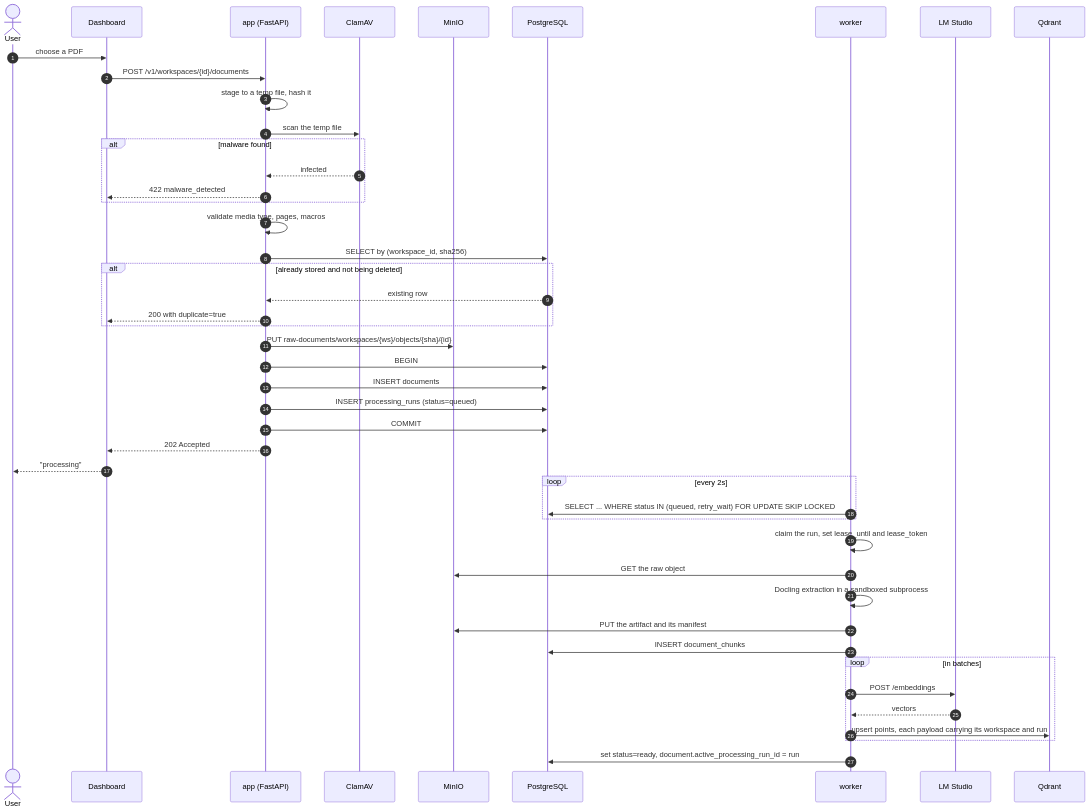
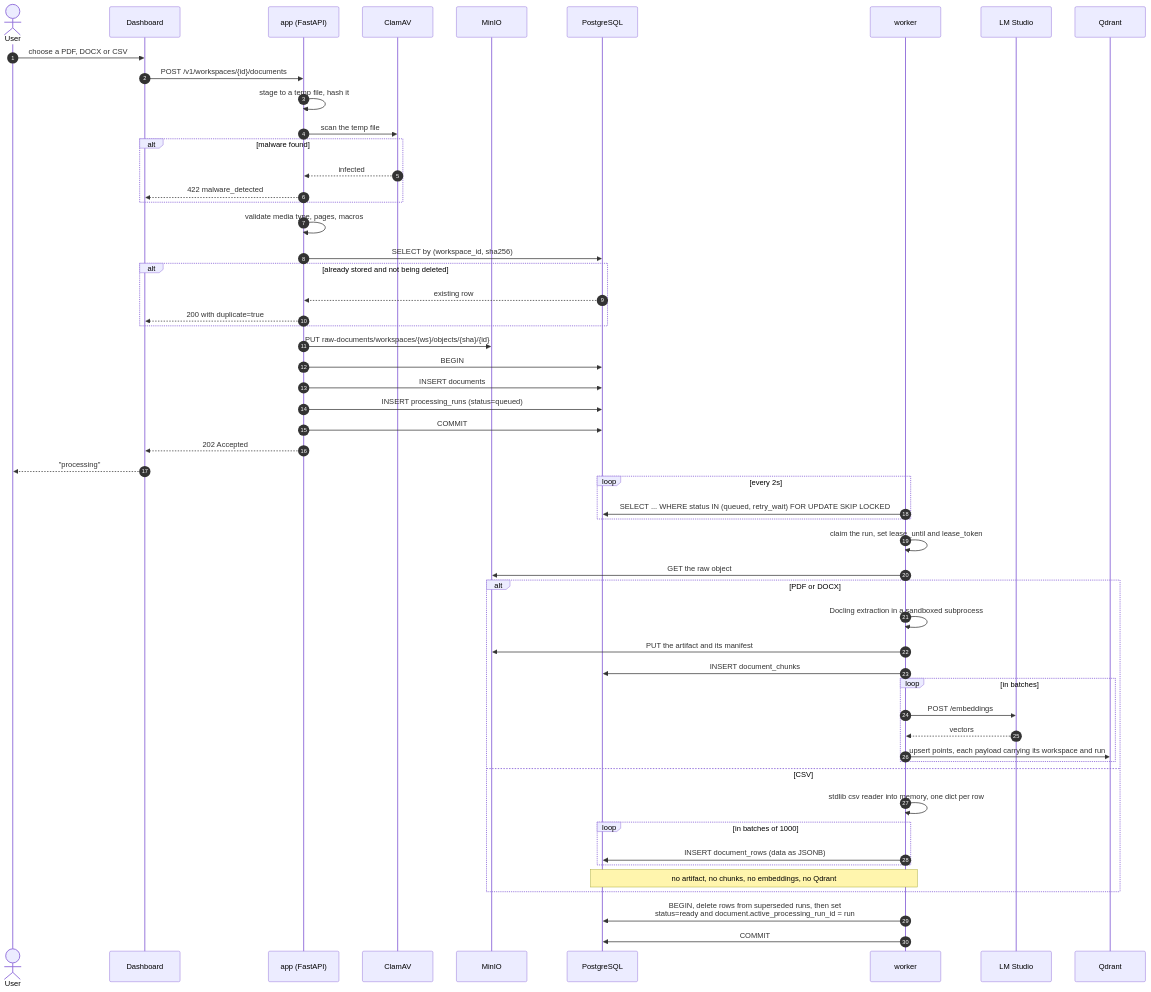
The fifth of 11 diagrams in README.md (unedtamps/retriv), drawn with Mermaid before and after one commit. The commit also changed other lines of this file and 26 other files, not shown here.

First line of the commit message:
feat: answer questions over CSV rows with SQL

````diff
--- a/README.md
+++ b/README.md
@@ -148,50 +275,59 @@
 ```mermaid
 sequenceDiagram
     autonumber
     actor U as User
     participant W as Dashboard
     participant A as app (FastAPI)
     participant C as ClamAV
     participant M as MinIO
     participant DB as PostgreSQL
     participant K as worker
     participant L as LM Studio
     participant Q as Qdrant
 
-    U->>W: choose a PDF
+    U->>W: choose a PDF, DOCX or CSV
     W->>A: POST /v1/workspaces/{id}/documents
     A->>A: stage to a temp file, hash it
     A->>C: scan the temp file
     alt malware found
         C-->>A: infected
         A-->>W: 422 malware_detected
     end
     A->>A: validate media type, pages, macros
     A->>DB: SELECT by (workspace_id, sha256)
     alt already stored and not being deleted
         DB-->>A: existing row
         A-->>W: 200 with duplicate=true
     end
     A->>M: PUT raw-documents/workspaces/{ws}/objects/{sha}/{id}
     A->>DB: BEGIN
     A->>DB: INSERT documents
     A->>DB: INSERT processing_runs (status=queued)
     A->>DB: COMMIT
     A-->>W: 202 Accepted
     W-->>U: "processing"
 
     loop every 2s
         K->>DB: SELECT ... WHERE status IN (queued, retry_wait) FOR UPDATE SKIP LOCKED
     end
     K->>K: claim the run, set lease_until and lease_token
     K->>M: GET the raw object
-    K->>K: Docling extraction in a sandboxed subprocess
-    K->>M: PUT the artifact and its manifest
-    K->>DB: INSERT document_chunks
-    loop in batches
-        K->>L: POST /embeddings
-        L-->>K: vectors
-        K->>Q: upsert points, each payload carrying its workspace and run
+    alt PDF or DOCX
+        K->>K: Docling extraction in a sandboxed subprocess
+        K->>M: PUT the artifact and its manifest
+        K->>DB: INSERT document_chunks
+        loop in batches
+            K->>L: POST /embeddings
+            L-->>K: vectors
+            K->>Q: upsert points, each payload carrying its workspace and run
+        end
+    else CSV
+        K->>K: stdlib csv reader into memory, one dict per row
+        loop in batches of 1000
+            K->>DB: INSERT document_rows (data as JSONB)
+        end
+        Note over K,DB: no artifact, no chunks, no embeddings, no Qdrant
     end
-    K->>DB: set status=ready, document.active_processing_run_id = run
+    K->>DB: BEGIN, delete rows from superseded runs, then set<br/>status=ready and document.active_processing_run_id = run
+    K->>DB: COMMIT
 ```
````
